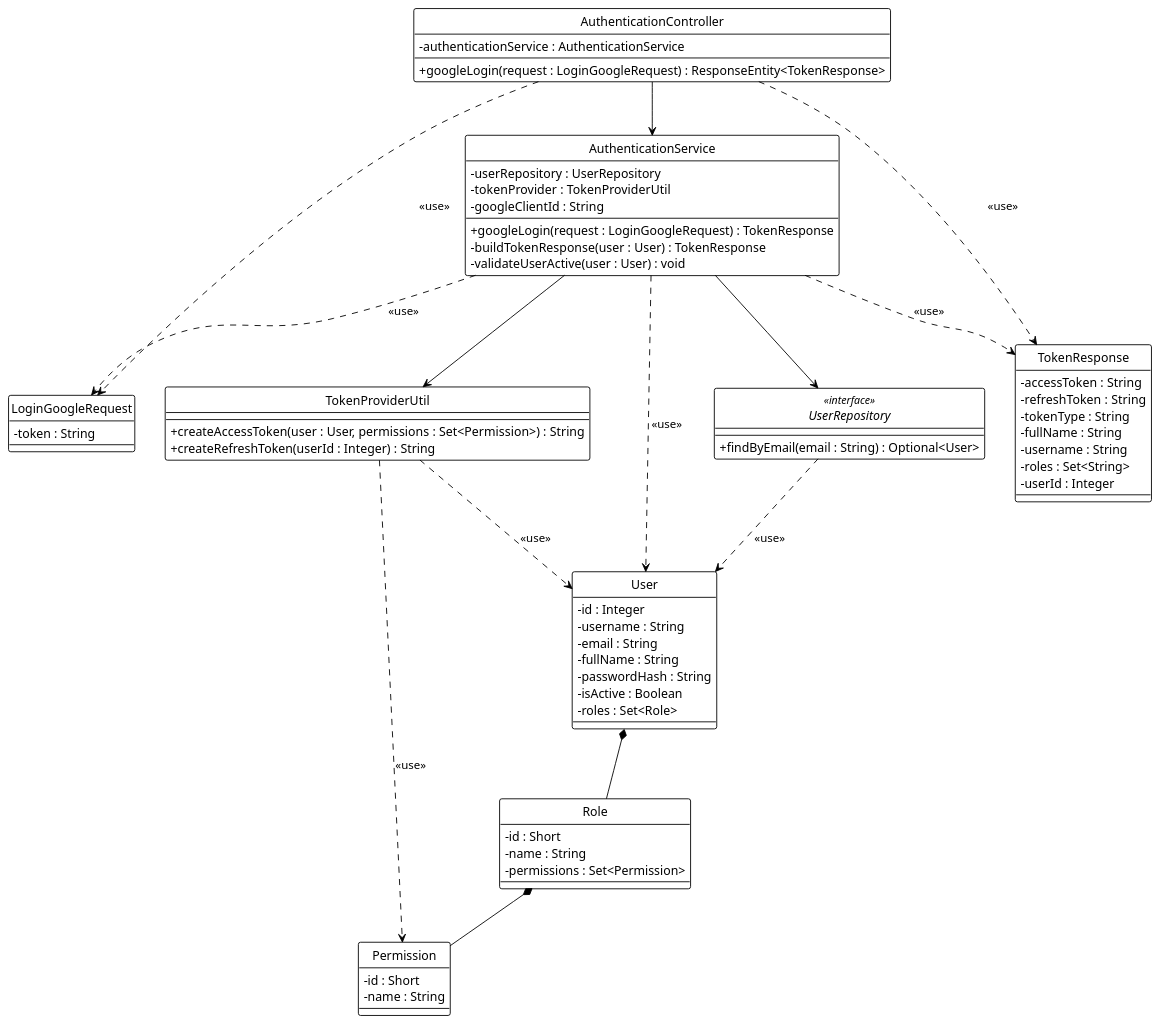
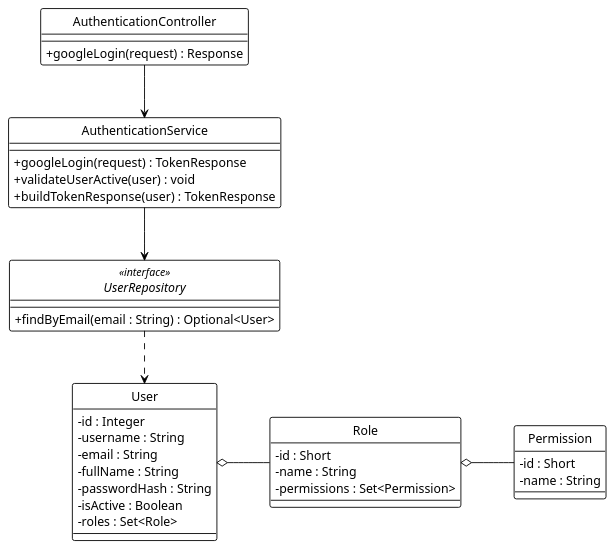
Before and after one commit to Ndh474/context: the diagram in system_detailed_design/02_sign_in_with_google/class_diagram_sign_in_with_google.puml, drawn with PlantUML. The commit also changed 6 other files, not shown here.

Commit message:
refactor(diagrams): standardize diagram names and improve class/sequence diagrams for authentication flows

```diff
--- a/system_detailed_design/02_sign_in_with_google/class_diagram_sign_in_with_google.puml
+++ b/system_detailed_design/02_sign_in_with_google/class_diagram_sign_in_with_google.puml
@@ -1,82 +1,61 @@
-@startuml Sign In with Google - Class Diagram
+@startuml sign_in_with_google
 !theme plain
+hide circle
 skinparam classAttributeIconSize 0
-hide circle
-skinparam circledCharacterRadius 0
 
+' --- CẤU HÌNH "ORTHO" (BẮT BUỘC) ---
+skinparam linetype ortho
+skinparam nodesep 60
+skinparam ranksep 60
+
+' --- CONTROLLER ---
 class AuthenticationController {
-  - authenticationService : AuthenticationService
-  + googleLogin(request : LoginGoogleRequest) : ResponseEntity<TokenResponse>
+  + googleLogin(request) : Response
 }
 
+' --- SERVICE ---
 class AuthenticationService {
-  - userRepository : UserRepository
-  - tokenProvider : TokenProviderUtil
-  - googleClientId : String
-  + googleLogin(request : LoginGoogleRequest) : TokenResponse
-  - buildTokenResponse(user : User) : TokenResponse
-  - validateUserActive(user : User) : void
+  + googleLogin(request) : TokenResponse
+  + validateUserActive(user) : void
+  + buildTokenResponse(user) : TokenResponse
 }
 
+' --- REPOSITORY ---
 interface UserRepository <<interface>> {
   + findByEmail(email : String) : Optional<User>
 }
 
-class TokenProviderUtil {
-  + createAccessToken(user : User, permissions : Set<Permission>) : String
-  + createRefreshToken(userId : Integer) : String
-}
-
-class LoginGoogleRequest {
-  - token : String
-}
-
-class TokenResponse {
-  - accessToken : String
-  - refreshToken : String
-  - tokenType : String
-  - fullName : String
-  - username : String
-  - roles : Set<String>
-  - userId : Integer
-}
-
+' --- ENTITIES ---
 class User {
   - id : Integer
   - username : String
   - email : String
   - fullName : String
   - passwordHash : String
   - isActive : Boolean
   - roles : Set<Role>
 }
 
 class Role {
   - id : Short
   - name : String
   - permissions : Set<Permission>
 }
 
 class Permission {
   - id : Short
   - name : String
 }
 
-AuthenticationController --> AuthenticationService
-AuthenticationService --> UserRepository
-AuthenticationService --> TokenProviderUtil
+' --- DEPENDENCY INJECTION (Association) ---
+AuthenticationController -down-> AuthenticationService
+AuthenticationService -down-> UserRepository
 
-AuthenticationController ..> LoginGoogleRequest : <<use>>
-AuthenticationController ..> TokenResponse : <<use>>
-AuthenticationService ..> LoginGoogleRequest : <<use>>
-AuthenticationService ..> TokenResponse : <<use>>
-AuthenticationService ..> User : <<use>>
-TokenProviderUtil ..> User : <<use>>
-TokenProviderUtil ..> Permission : <<use>>
+' --- REPOSITORY USAGE (Dependency) ---
+UserRepository .down.> User
 
-UserRepository ..> User : <<use>>
-
-User *-- Role
-Role *-- Permission
+' --- ENTITY RELATIONSHIPS (Aggregation) ---
+User o-right- Role
+Role o-right- Permission
 
 @enduml
```
